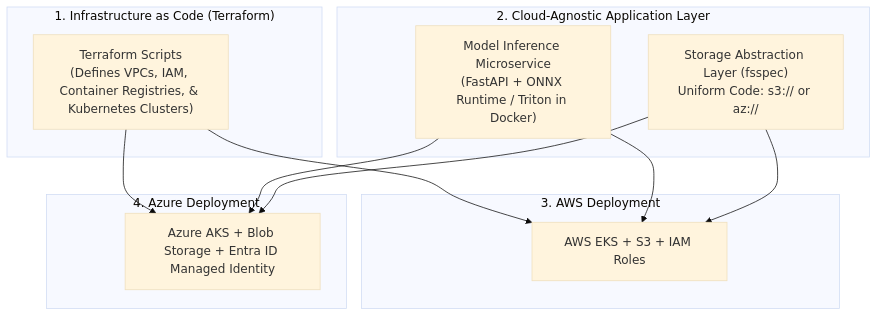
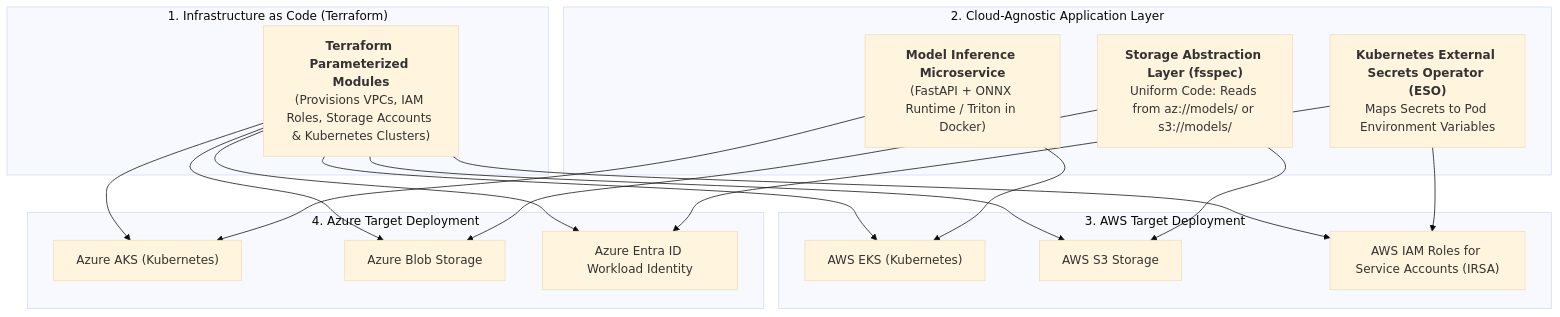
Before and after one commit to rahulkumarjha26/genai-study-materials: the tenth of 10 diagrams in README_V2.md, drawn with Mermaid (base theme). The commit also changed other lines of this file, not shown here.

Commit message:
Reboot README_V2.md with Teacher-First Framework, 1:1 Flowchart Alignment, Jargon Decoders, and Zero Repetition

````diff
--- a/README_V2.md
+++ b/README_V2.md
@@ -912,23 +1075,32 @@
 ```mermaid
 flowchart TD
     subgraph IAC["1. Infrastructure as Code (Terraform)"]
-        TF["Terraform Scripts<br/>(Defines VPCs, IAM, Container Registries, & Kubernetes Clusters)"]
+        TF["<b>Terraform Parameterized Modules</b><br/>(Provisions VPCs, IAM Roles, Storage Accounts & Kubernetes Clusters)"]
     end
 
     subgraph APP_ABSTRACTION["2. Cloud-Agnostic Application Layer"]
-        ModelService["Model Inference Microservice<br/>(FastAPI + ONNX Runtime / Triton in Docker)"]
-        StorageAdapter["Storage Abstraction Layer (fsspec)<br/>Uniform Code: s3:// or az://"]
+        ModelService["<b>Model Inference Microservice</b><br/>(FastAPI + ONNX Runtime / Triton in Docker)"]
+        StorageAdapter["<b>Storage Abstraction Layer (fsspec)</b><br/>Uniform Code: Reads from az://models/ or s3://models/"]
+        SecretsAdapter["<b>Kubernetes External Secrets Operator (ESO)</b><br/>Maps Secrets to Pod Environment Variables"]
     end
 
-    subgraph AWS_DEPLOY["3. AWS Deployment"]
-        TF --> AWS_EKS["AWS EKS + S3 + IAM Roles"]
+    subgraph AWS_DEPLOY["3. AWS Target Deployment"]
+        TF --> AWS_EKS["AWS EKS (Kubernetes)"]
+        TF --> S3["AWS S3 Storage"]
+        TF --> IAM["AWS IAM Roles for Service Accounts (IRSA)"]
+        
         ModelService --> AWS_EKS
-        StorageAdapter --> AWS_EKS
+        StorageAdapter --> S3
+        SecretsAdapter --> IAM
     end
 
-    subgraph AZURE_DEPLOY["4. Azure Deployment"]
-        TF --> Azure_AKS["Azure AKS + Blob Storage + Entra ID Managed Identity"]
+    subgraph AZURE_DEPLOY["4. Azure Target Deployment"]
+        TF --> Azure_AKS["Azure AKS (Kubernetes)"]
+        TF --> Blob["Azure Blob Storage"]
+        TF --> ManagedID["Azure Entra ID Workload Identity"]
+        
         ModelService --> Azure_AKS
-        StorageAdapter --> Azure_AKS
+        StorageAdapter --> Blob
+        SecretsAdapter --> ManagedID
     end
 ```
````
